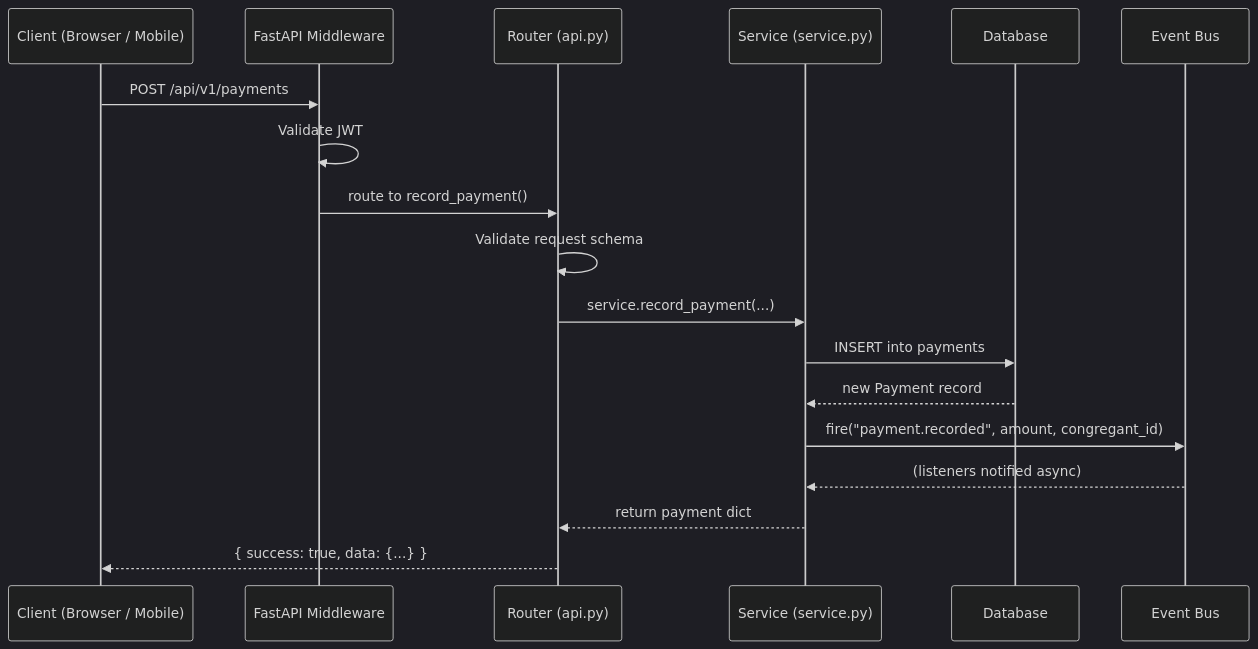
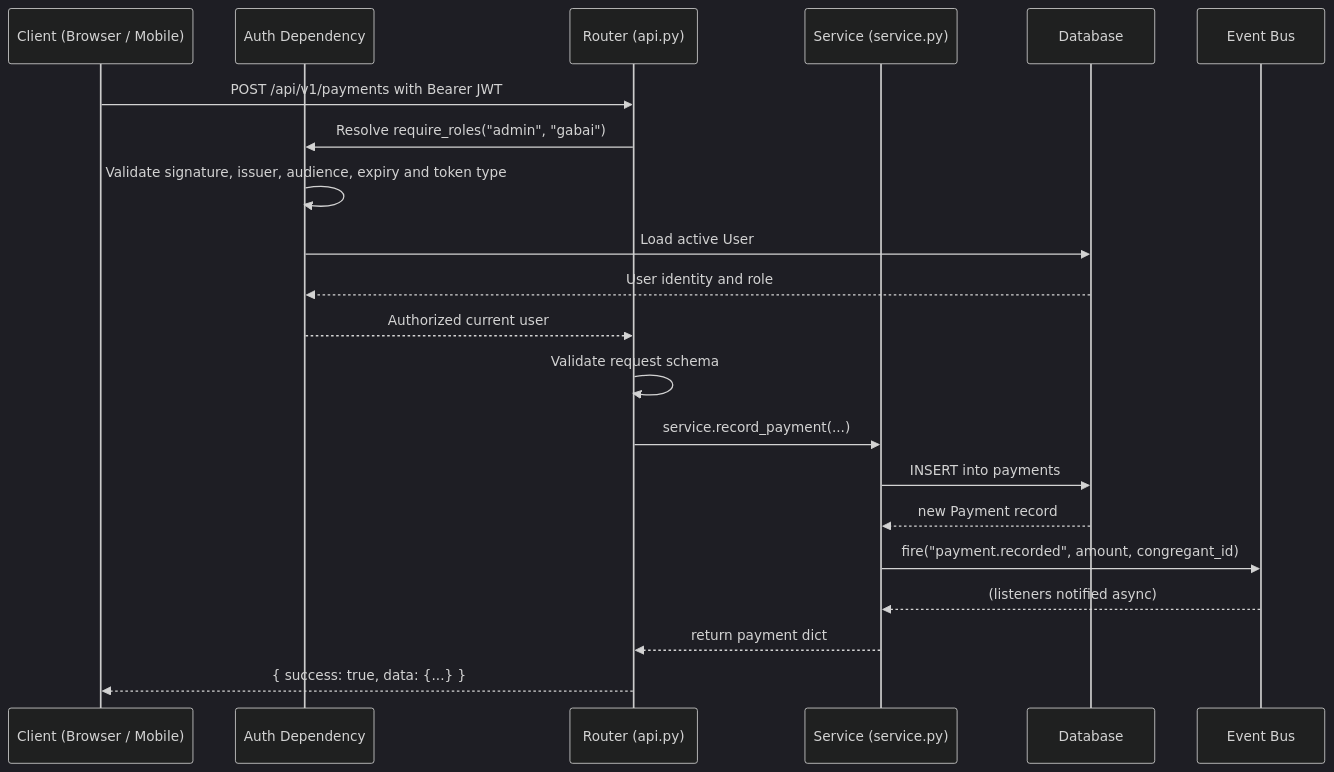
The third of 8 diagrams in docs/ARCHITECTURE.md (botbole/gabay), drawn with Mermaid (dark theme) before and after one commit. The commit also changed other lines of this file and 70 other files, not shown here.

````diff
--- a/docs/ARCHITECTURE.md
+++ b/docs/ARCHITECTURE.md
@@ -109,21 +118,24 @@
 ```mermaid
 sequenceDiagram
     participant C as Client (Browser / Mobile)
-    participant MW as FastAPI Middleware
+    participant A as Auth Dependency
     participant R as Router (api.py)
     participant S as Service (service.py)
     participant DB as Database
     participant Bus as Event Bus
 
-    C->>MW: POST /api/v1/payments
-    MW->>MW: Validate JWT
-    MW->>R: route to record_payment()
+    C->>R: POST /api/v1/payments with Bearer JWT
+    R->>A: Resolve require_roles("admin", "gabai")
+    A->>A: Validate signature, issuer, audience, expiry and token type
+    A->>DB: Load active User
+    DB-->>A: User identity and role
+    A-->>R: Authorized current user
     R->>R: Validate request schema
     R->>S: service.record_payment(...)
     S->>DB: INSERT into payments
     DB-->>S: new Payment record
     S->>Bus: fire("payment.recorded", amount, congregant_id)
     Bus-->>S: (listeners notified async)
     S-->>R: return payment dict
     R-->>C: { success: true, data: {...} }
 ```
````
